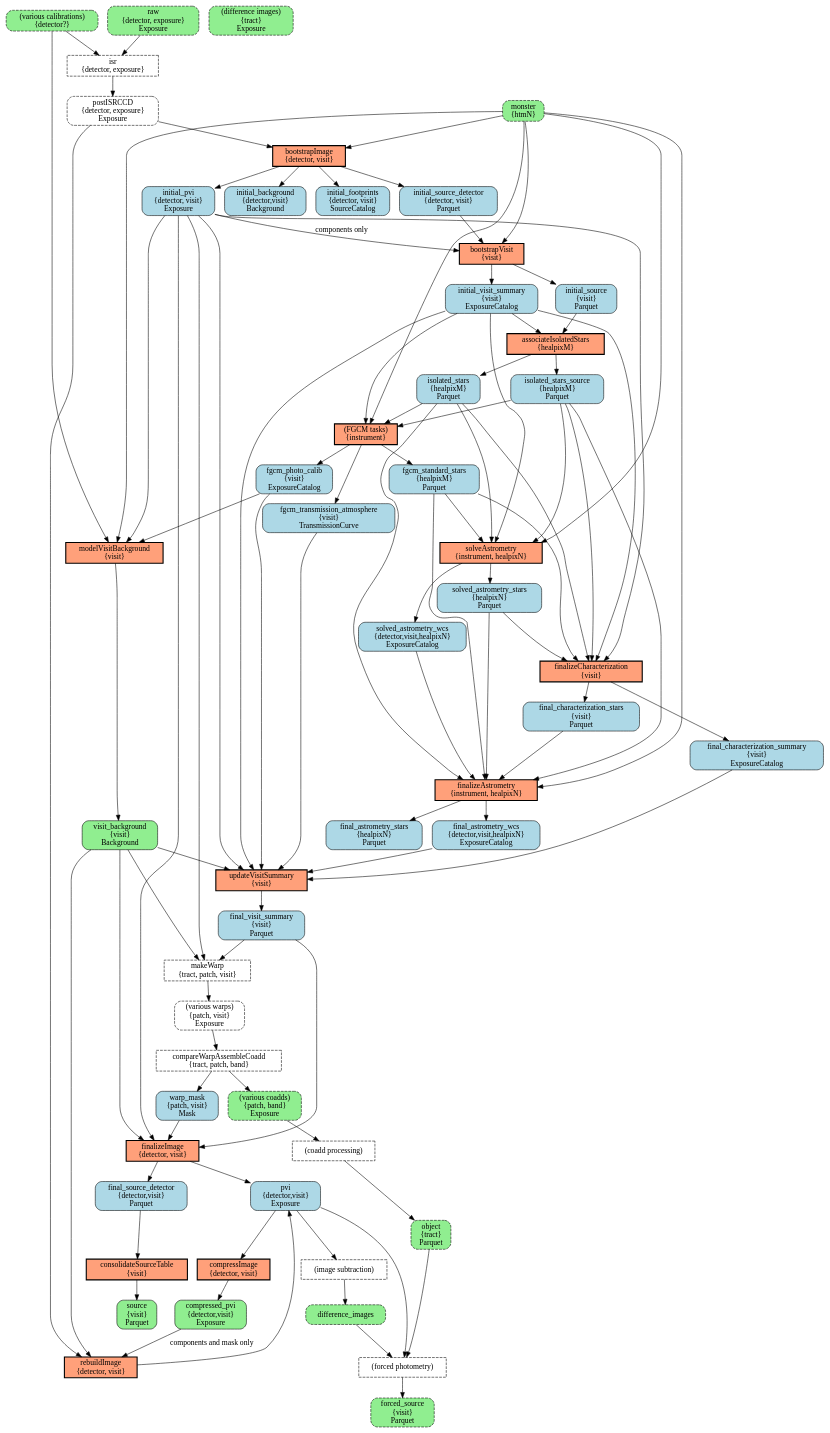
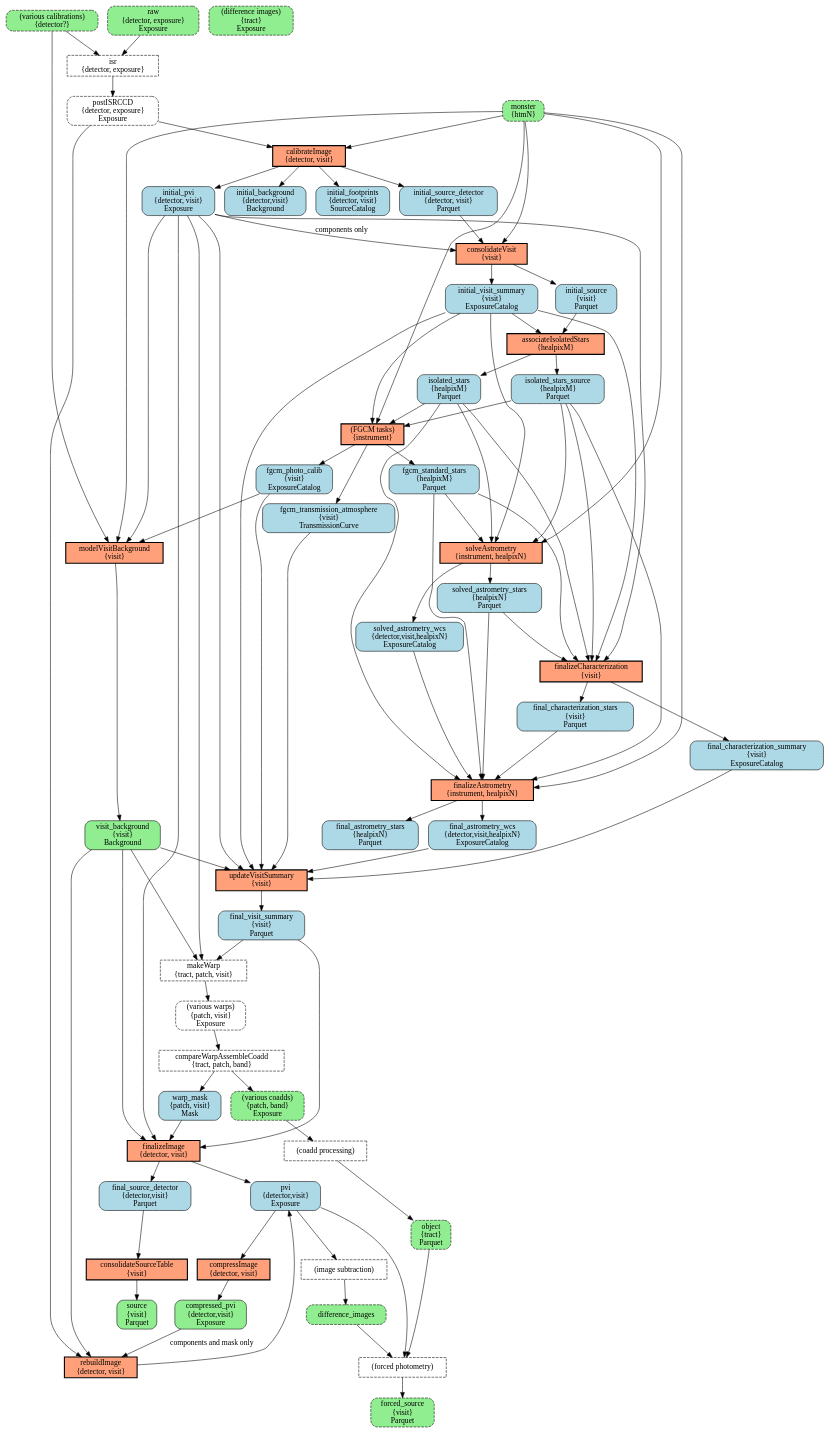
Before and after one commit to lsst-dm/dmtn-172: the diagram in great-calibration-refactor.dot, drawn with Graphviz. The commit also changed 1 other file, not shown here.

```diff
--- a/great-calibration-refactor.dot
+++ b/great-calibration-refactor.dot
@@ -1,156 +1,156 @@
 digraph the_original {
     # TODO: merge finalizeCharacterization and updateVisitSummary?
     # PipelineTasks
     node [shape=box,style="dashed"];
     isr [label="isr\n{detector, exposure}"];
     makeWarp [label="makeWarp\n{tract, patch, visit}"];
     compareWarpAssembleCoadd [label="compareWarpAssembleCoadd\n{tract, patch, band}"];
     processCoadds [label="(coadd processing)"];
     subtractImages [label="(image subtraction)"];
     forcedPhot [label="(forced photometry)"];
     node [shape=box,style="filled,bold",fillcolor="lightsalmon"];
-    bootstrapImage [label="bootstrapImage\n{detector, visit}"];
-    bootstrapVisit [label="bootstrapVisit\n{visit}"];
+    calibrateImage [label="calibrateImage\n{detector, visit}"];
+    consolidateVisit [label="consolidateVisit\n{visit}"];
     associateIsolatedStars [label="associateIsolatedStars\n{healpixM}"];
     solveAstrometry [label="solveAstrometry\n{instrument, healpixN}"];
     fgcm [label="(FGCM tasks)\n{instrument}"];
     modelVisitBackground [label="modelVisitBackground\n{visit}"];
     finalizeCharacterization [label="finalizeCharacterization\n{visit}"];
     finalizeAstrometry [label="finalizeAstrometry\n{instrument, healpixN}"];
     updateVisitSummary [label="updateVisitSummary\n{visit}"];
     finalizeImage [label="finalizeImage\n{detector, visit}"];
     rebuildImage [label="rebuildImage\n{detector, visit}"];
     consolidateSourceTable [label="consolidateSourceTable\n{visit}"];
     compressImage [label="compressImage\n{detector, visit}"];
     # DatasetTypes
     node [style="rounded,dashed", fillcolor="grey20"];
     postISRCCD [label="postISRCCD\n{detector, exposure}\nExposure"];
     warps [label="(various warps)\n{patch, visit}\nExposure"];
     node [style="rounded,filled", fillcolor="lightblue"];
     initial_pvi [label="initial_pvi\n{detector, visit}\nExposure"];
     initial_background [label="initial_background\n{detector,visit}\nBackground"];
     initial_source_detector [label="initial_source_detector\n{detector, visit}\nParquet"];
     initial_footprints [label="initial_footprints\n{detector, visit}\nSourceCatalog"];
     initial_visit_summary [label="initial_visit_summary\n{visit}\nExposureCatalog"];
     initial_source [label="initial_source\n{visit}\nParquet"];
     isolated_stars_source [label="isolated_stars_source\n{healpixM}\nParquet"];
     isolated_stars [label="isolated_stars\n{healpixM}\nParquet"];
     fgcm_photo_calib [label="fgcm_photo_calib\n{visit}\nExposureCatalog"];
     fgcm_transmission_atmosphere [label="fgcm_transmission_atmosphere\n{visit}\nTransmissionCurve"];
     fgcm_standard_stars [label="fgcm_standard_stars\n{healpixM}\nParquet"];
     solved_astrometry_wcs [label="solved_astrometry_wcs\n{detector,visit,healpixN}\nExposureCatalog"];
     solved_astrometry_stars [label="solved_astrometry_stars\n{healpixN}\nParquet"];
     final_characterization_summary [label="final_characterization_summary\n{visit}\nExposureCatalog"];
     final_characterization_stars [label="final_characterization_stars\n{visit}\nParquet"];
     final_astrometry_wcs [label="final_astrometry_wcs\n{detector,visit,healpixN}\nExposureCatalog"];
     final_astrometry_stars [label="final_astrometry_stars\n{healpixN}\nParquet"];
     final_visit_summary [label="final_visit_summary\n{visit}\nParquet"];
     warp_mask [label="warp_mask\n{patch, visit}\nMask"];
     pvi [label="pvi\n{detector,visit}\nExposure"];
     final_source_detector [label="final_source_detector\n{detector,visit}\nParquet"];
     node [style="rounded,filled", fillcolor="lightgreen"];
     visit_background [label="visit_background\n{visit}\nBackground"];
     source [label="source\n{visit}\nParquet"];
     compressed_pvi [label="compressed_pvi\n{detector,visit}\nExposure"];
     pvi [label="pvi\n{detector,visit}\nExposure"];
     node [style="rounded,dashed,filled", fillcolor="lightgreen"];
     raw [label="raw\n{detector, exposure}\nExposure"];
     calibs [label="(various calibrations)\n{detector?}"];
     coadds [label="(various coadds)\n{patch, band}\nExposure"];
     monster [label="monster\n{htmN}"];
     object [label="object\n{tract}\nParquet"];
     difference_image [label="(difference images)\n{tract}\nExposure"];
     forced_source [label="forced_source\n{visit}\nParquet"];
     # Connections.
     calibs -> isr;
     raw -> isr;
     isr -> postISRCCD;
-    postISRCCD -> bootstrapImage;
-    monster -> bootstrapImage;
-    bootstrapImage -> initial_pvi;
-    bootstrapImage -> initial_background;
-    bootstrapImage -> initial_source_detector;
-    bootstrapImage -> initial_footprints;
-    initial_pvi -> bootstrapVisit [label="components only"];
-    initial_source_detector -> bootstrapVisit;
-    monster -> bootstrapVisit;
-    bootstrapVisit -> initial_visit_summary;
-    bootstrapVisit -> initial_source;
+    postISRCCD -> calibrateImage;
+    monster -> calibrateImage;
+    calibrateImage -> initial_pvi;
+    calibrateImage -> initial_background;
+    calibrateImage -> initial_source_detector;
+    calibrateImage -> initial_footprints;
+    initial_pvi -> consolidateVisit [label="components only"];
+    initial_source_detector -> consolidateVisit;
+    monster -> consolidateVisit;
+    consolidateVisit -> initial_visit_summary;
+    consolidateVisit -> initial_source;
     initial_source -> associateIsolatedStars;
     initial_visit_summary -> associateIsolatedStars;
     associateIsolatedStars -> isolated_stars_source;
     associateIsolatedStars -> isolated_stars;
     initial_visit_summary -> fgcm;
     isolated_stars -> fgcm;
     isolated_stars_source -> fgcm;
     monster -> fgcm;
     fgcm -> fgcm_photo_calib;
     fgcm -> fgcm_transmission_atmosphere;
     fgcm -> fgcm_standard_stars;
     initial_visit_summary -> solveAstrometry;
     isolated_stars -> solveAstrometry;
     isolated_stars_source -> solveAstrometry;
     monster -> solveAstrometry;
     fgcm_standard_stars -> solveAstrometry;
     solveAstrometry -> solved_astrometry_stars;
     solveAstrometry -> solved_astrometry_wcs;
     initial_pvi -> modelVisitBackground;
     fgcm_photo_calib -> modelVisitBackground;
     monster -> modelVisitBackground;
     calibs -> modelVisitBackground;
     modelVisitBackground -> visit_background;
     initial_pvi -> finalizeCharacterization;
     initial_visit_summary -> finalizeCharacterization;
     isolated_stars -> finalizeCharacterization;
     isolated_stars_source -> finalizeCharacterization;
     fgcm_standard_stars -> finalizeCharacterization;
     solved_astrometry_stars -> finalizeCharacterization;
     finalizeCharacterization -> final_characterization_summary;
     finalizeCharacterization -> final_characterization_stars;
     solved_astrometry_stars -> finalizeAstrometry;
     solved_astrometry_wcs -> finalizeAstrometry;
     final_characterization_stars -> finalizeAstrometry;
     isolated_stars -> finalizeAstrometry;
     isolated_stars_source -> finalizeAstrometry;
     monster -> finalizeAstrometry;
     fgcm_standard_stars -> finalizeAstrometry;
     finalizeAstrometry -> final_astrometry_stars;
     finalizeAstrometry -> final_astrometry_wcs;
     initial_visit_summary -> updateVisitSummary;
     initial_pvi -> updateVisitSummary;
     final_characterization_summary -> updateVisitSummary;
     final_astrometry_wcs -> updateVisitSummary;
     fgcm_photo_calib -> updateVisitSummary;
     visit_background -> updateVisitSummary;
     fgcm_transmission_atmosphere -> updateVisitSummary;
     updateVisitSummary -> final_visit_summary;
     initial_pvi -> makeWarp;
     visit_background -> makeWarp;
     final_visit_summary -> makeWarp;
     makeWarp -> warps;
     warps -> compareWarpAssembleCoadd;
     compareWarpAssembleCoadd -> coadds;
     compareWarpAssembleCoadd -> warp_mask;
     initial_pvi -> finalizeImage;
     warp_mask -> finalizeImage;
     final_visit_summary -> finalizeImage;
     visit_background -> finalizeImage;
     finalizeImage -> pvi;
     finalizeImage -> final_source_detector;
     visit_background -> rebuildImage;
     compressed_pvi -> rebuildImage [label="components and mask only"];
     postISRCCD -> rebuildImage;
     rebuildImage -> pvi;
     final_source_detector -> consolidateSourceTable;
     consolidateSourceTable -> source;
     pvi -> compressImage;
     compressImage -> compressed_pvi;
     coadds -> processCoadds;
     processCoadds -> object
     pvi -> subtractImages;
     subtractImages -> difference_images;
     difference_images -> forcedPhot;
     pvi -> forcedPhot;
     object -> forcedPhot;
     forcedPhot -> forced_source;
 }
```
